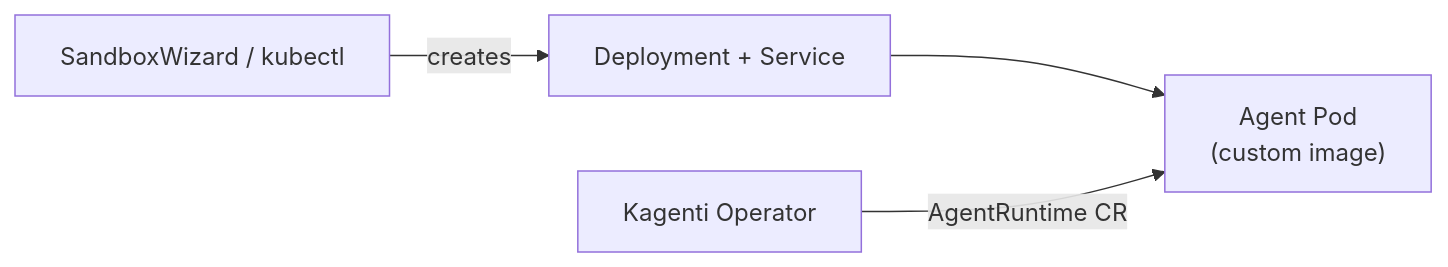
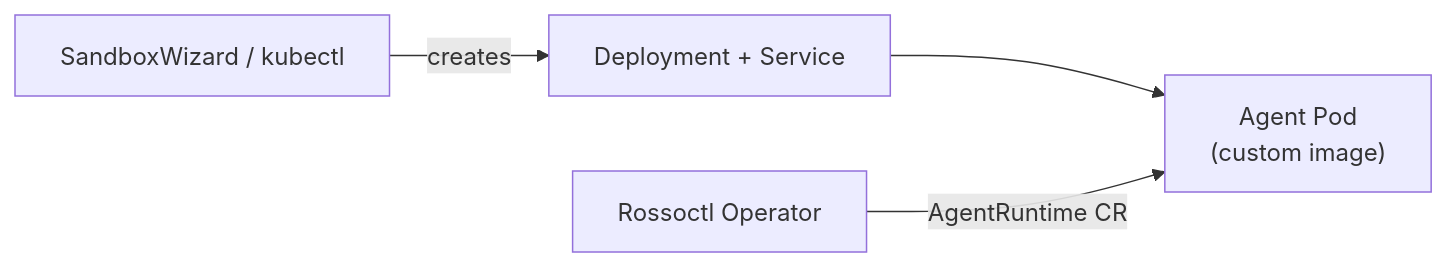
The first of 4 diagrams in docs/agentic-runtime/sandboxing-models.md (kagenti/kagenti), drawn with Mermaid before and after one commit. The commit also changed other lines of this file and 1316 other files, not shown here.

First line of the commit message:
⚠️ Rename Kagenti → Rossoctl across the flagship repo (→ rossoctl)

````diff
--- a/docs/agentic-runtime/sandboxing-models.md
+++ b/docs/agentic-runtime/sandboxing-models.md
@@ -12,6 +12,6 @@
 ```mermaid
 graph LR
     Wizard["SandboxWizard / kubectl"] -->|"creates"| Dep["Deployment + Service"]
     Dep --> Pod1["Agent Pod<br/>(custom image)"]
-    OP1["Kagenti Operator"] -->|"AgentRuntime CR"| Pod1
+    OP1["Rossoctl Operator"] -->|"AgentRuntime CR"| Pod1
 ```
````
